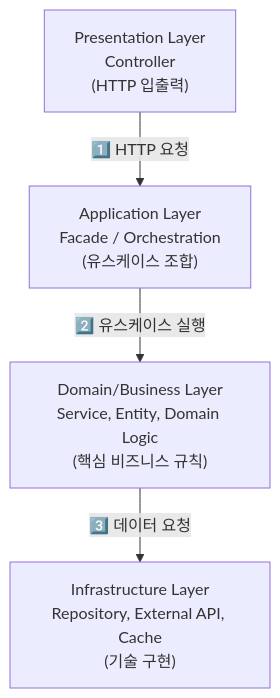
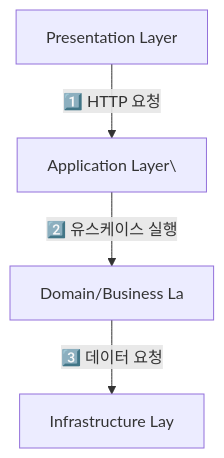
One commit to yjkim2015/yjkim2015.github.io changed the second of 3 diagrams in _posts/architecture/2026-05-01-layered.md. Above: the diagram before and after it, drawn with Mermaid. The commit also changed other lines of this file and 271 other files, not shown here.

First line of the commit message:
Mermaid 라벨 축소: 긴 노드 텍스트 18자 이하로 트림 + \n 제거

````diff
--- a/_posts/architecture/2026-05-01-layered.md
+++ b/_posts/architecture/2026-05-01-layered.md
@@ -202,10 +202,10 @@
 ```mermaid
 graph TD
-    P["Presentation Layer\nController\n(HTTP 입출력)"]
-    A["Application Layer\nFacade / Orchestration\n(유스케이스 조합)"]
-    B["Domain/Business Layer\nService, Entity, Domain Logic\n(핵심 비즈니스 규칙)"]
-    Per["Infrastructure Layer\nRepository, External API, Cache\n(기술 구현)"]
+    P["Presentation Layer"]
+    A["Application Layer\"]
+    B["Domain/Business La"]
+    Per["Infrastructure Lay"]
     P -->|"1️⃣ HTTP 요청"| A
     A -->|"2️⃣ 유스케이스 실행"| B
     B -->|"3️⃣ 데이터 요청"| Per
 ```
````
